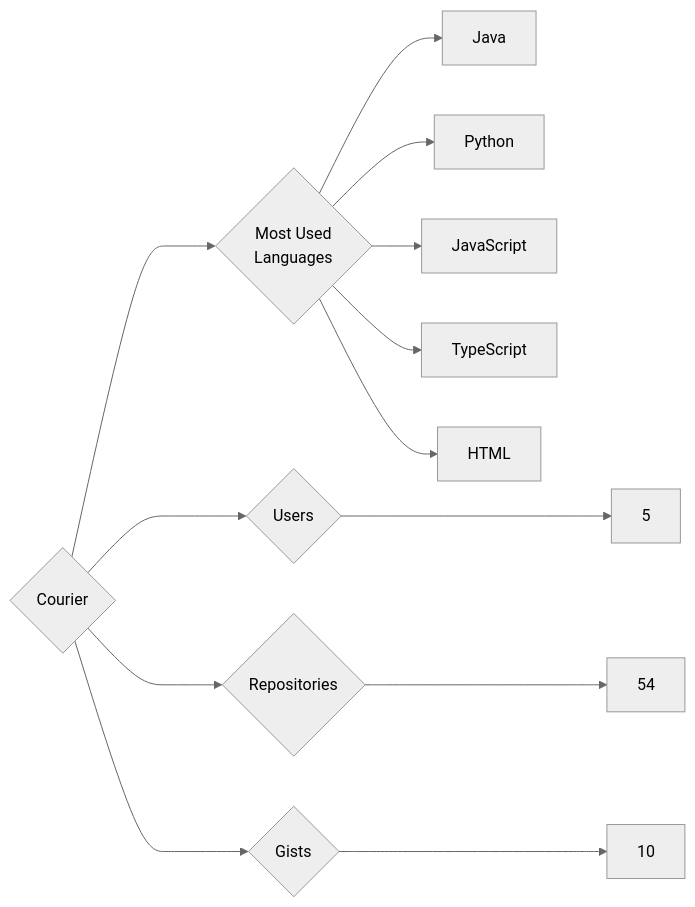
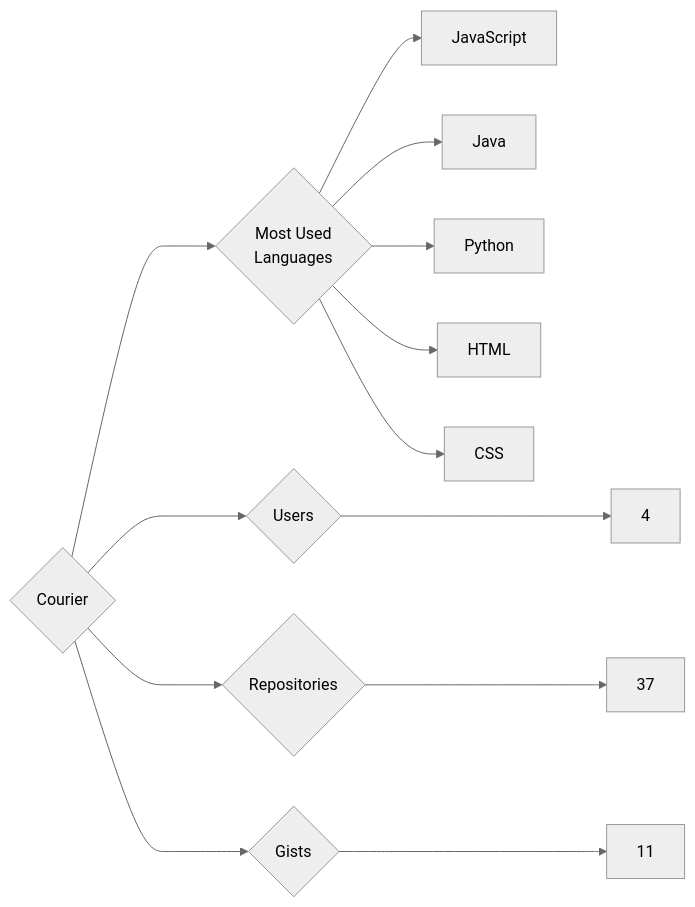
Before and after one commit to trickest/insiders: the diagram in targets/Courier/README.md, drawn with Mermaid (neutral theme). The commit also changed 857 other files, not shown here.

````diff
--- a/targets/Courier/README.md
+++ b/targets/Courier/README.md
@@ -3,13 +3,13 @@
 ```mermaid
 graph LR
 COMPANY_NAME{Courier}
-COMPANY_NAME ---> U{Users} ---> UN[5]
-COMPANY_NAME ---> R{Repositories} ---> RN[54]
-COMPANY_NAME ---> G{Gists} ---> GN[10]
+COMPANY_NAME ---> U{Users} ---> UN[4]
+COMPANY_NAME ---> R{Repositories} ---> RN[37]
+COMPANY_NAME ---> G{Gists} ---> GN[11]
 COMPANY_NAME ---> ML{Most Used<br>Languages}
+ML --> JavaScript[JavaScript]
 ML --> Java[Java]
 ML --> Python[Python]
-ML --> JavaScript[JavaScript]
-ML --> TypeScript[TypeScript]
 ML --> HTML[HTML]
+ML --> CSS[CSS]
 ```
````
